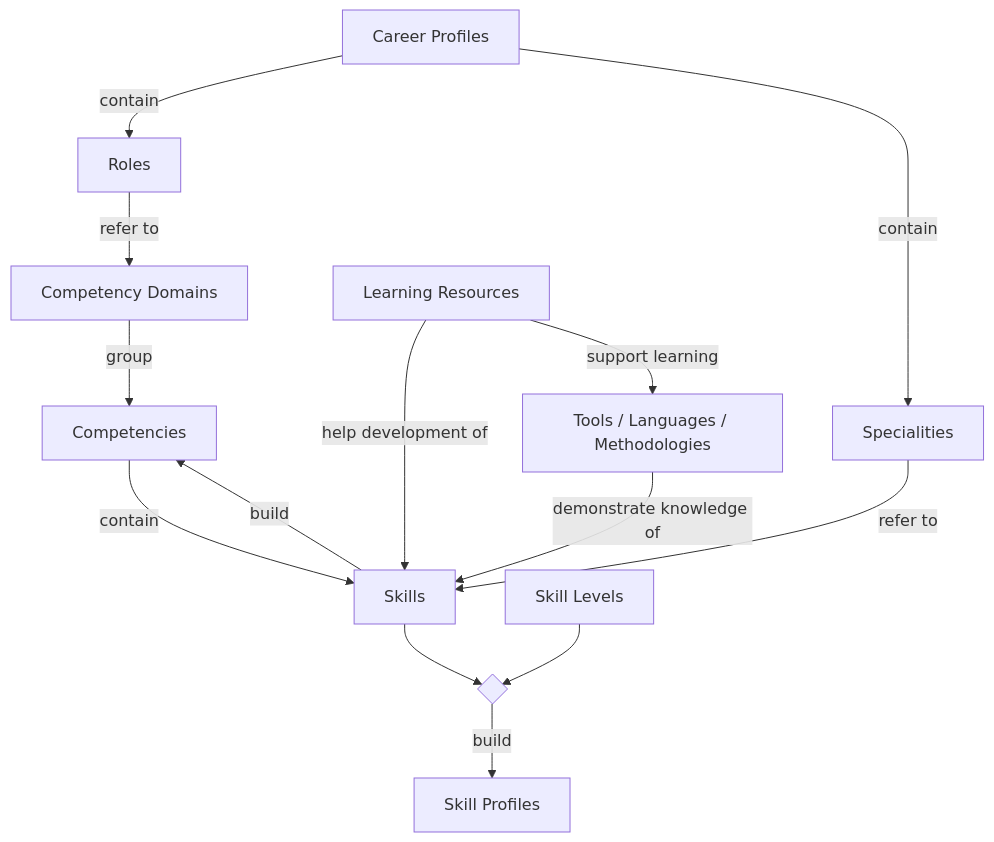
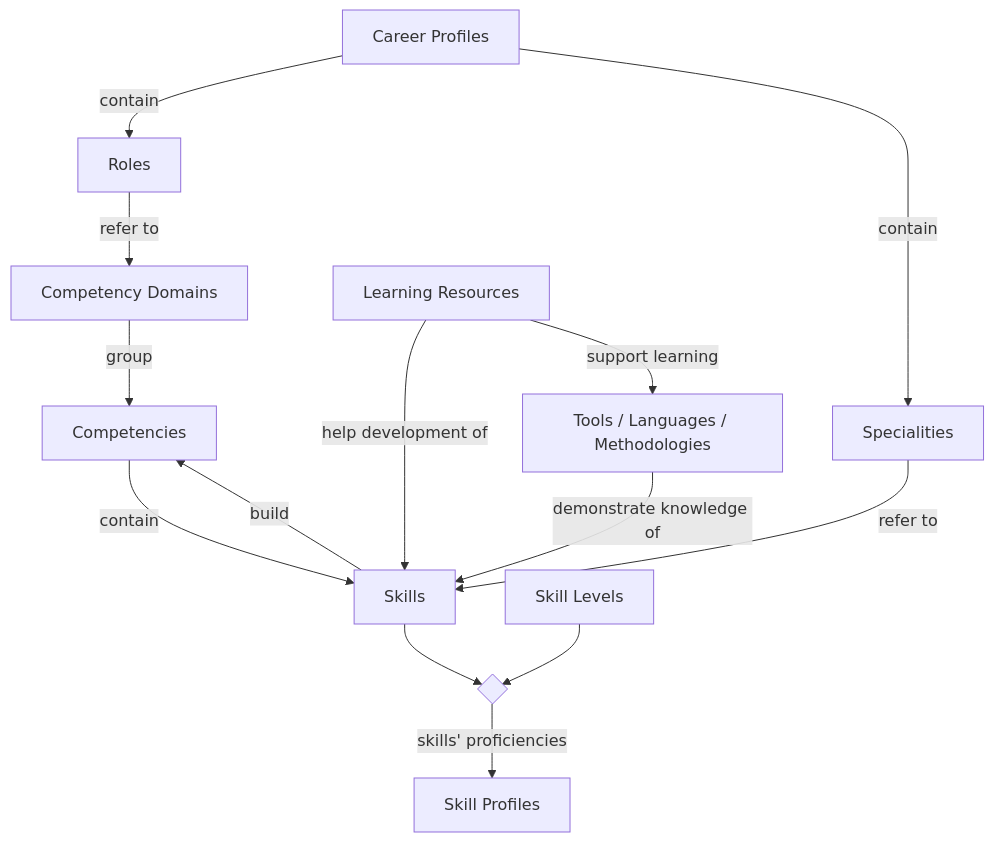
One commit to direct-framework/digital-research-competencies-framework changed the diagram in framework/framework-diagram.md. Above: the diagram before and after it, drawn with Mermaid.

Commit message:
Update J relationship description in diagram

````diff
--- a/framework/framework-diagram.md
+++ b/framework/framework-diagram.md
@@ -12,29 +12,29 @@
 ```mermaid
 flowchart TD
 CD[Competency Domains]
 C[Competencies]
 Sk[Skills]
 SL[Skill Levels]
 TLM[Tools / Languages / Methodologies]
 LR[Learning Resources]
 R[Roles]
 Spec[Specialities]
 CP[Career Profiles]
 SP[Skill Profiles]
 
 CD -- group --> C
 C -- contain --> Sk
 Sk -- build --> C
 TLM -- demonstrate knowledge of --> Sk
 LR -- help development of --> Sk
 LR -- support learning --> TLM
 CP -- contain --> R
 CP -- contain --> Spec
 R -- refer to --> CD
 Spec -- refer to --> Sk
 
 SL --> J{ }
 Sk --> J
-J -- build --> SP
+J -- skills' proficiencies --> SP
 
 ```
````
